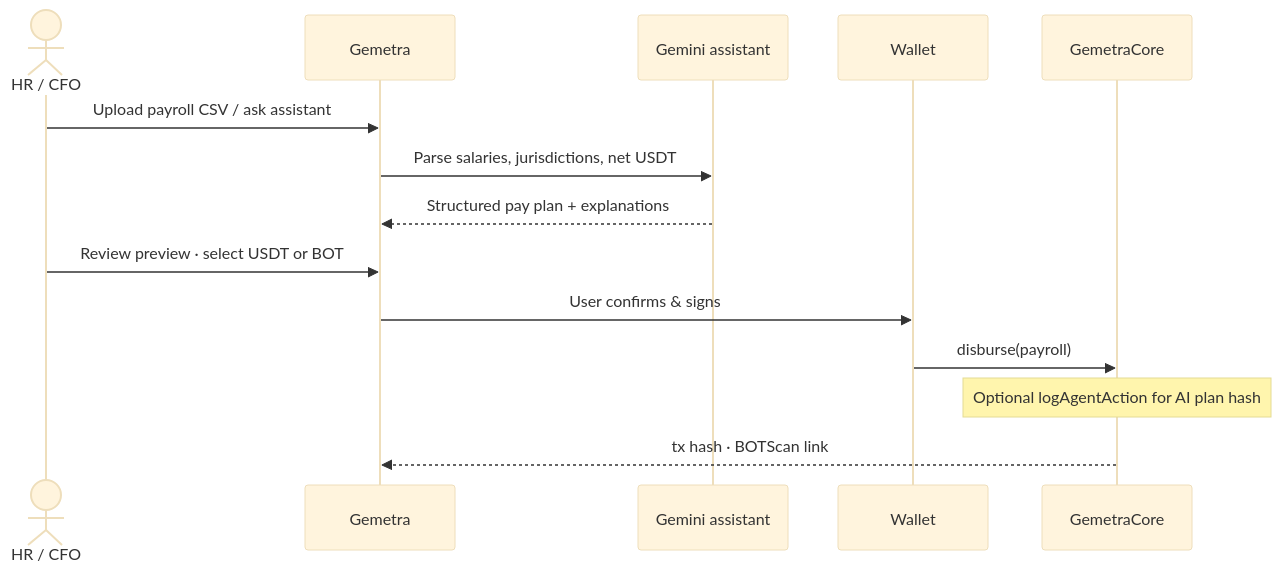
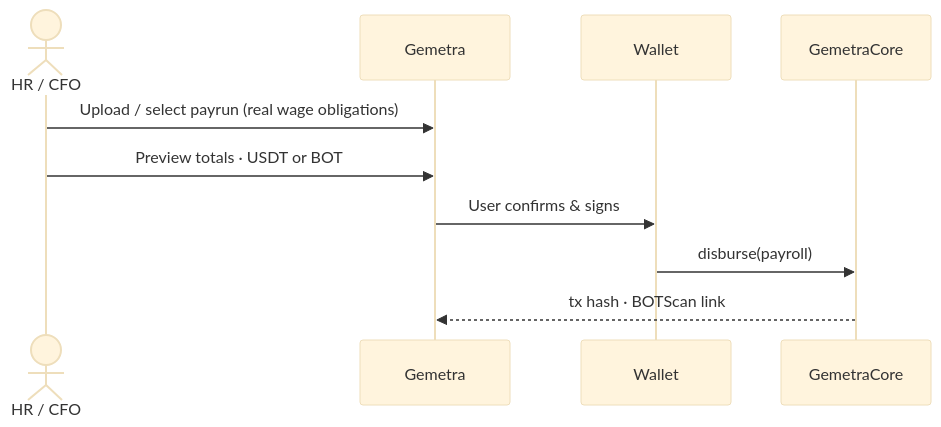
One commit to AmaanSayyad/Gemetra-BotChain changed the fourth of 5 diagrams in README.md. Above: the diagram before and after it, drawn with Mermaid (base theme). The commit also changed other lines of this file and 4 other files, not shown here.

````diff
--- a/README.md
+++ b/README.md
@@ -162,17 +158,13 @@
 ```mermaid
 sequenceDiagram
   actor HR as HR / CFO
   participant UI as Gemetra
-  participant AI as Gemini assistant
   participant W as Wallet
   participant C as GemetraCore
 
-  HR->>UI: Upload payroll CSV / ask assistant
-  UI->>AI: Parse salaries, jurisdictions, net USDT
-  AI-->>UI: Structured pay plan + explanations
-  HR->>UI: Review preview · select USDT or BOT
+  HR->>UI: Upload / select payrun (real wage obligations)
+  HR->>UI: Preview totals · USDT or BOT
   UI->>W: User confirms & signs
   W->>C: disburse(payroll)
-  Note over C: Optional logAgentAction for AI plan hash
   C-->>UI: tx hash · BOTScan link
 ```
````
